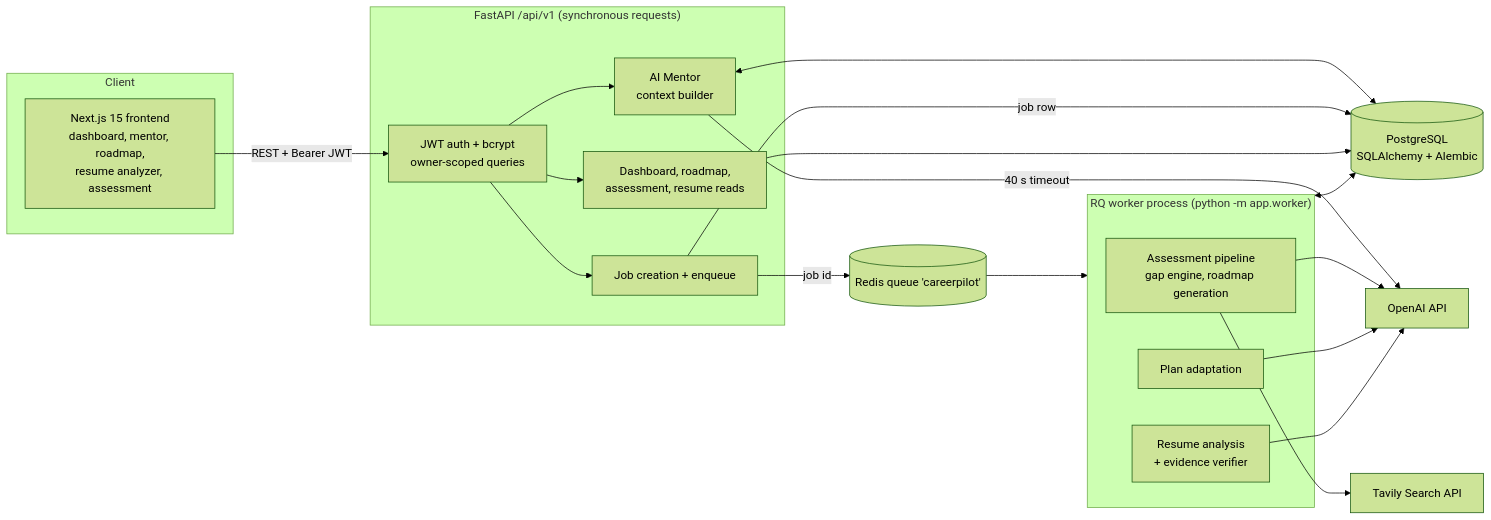
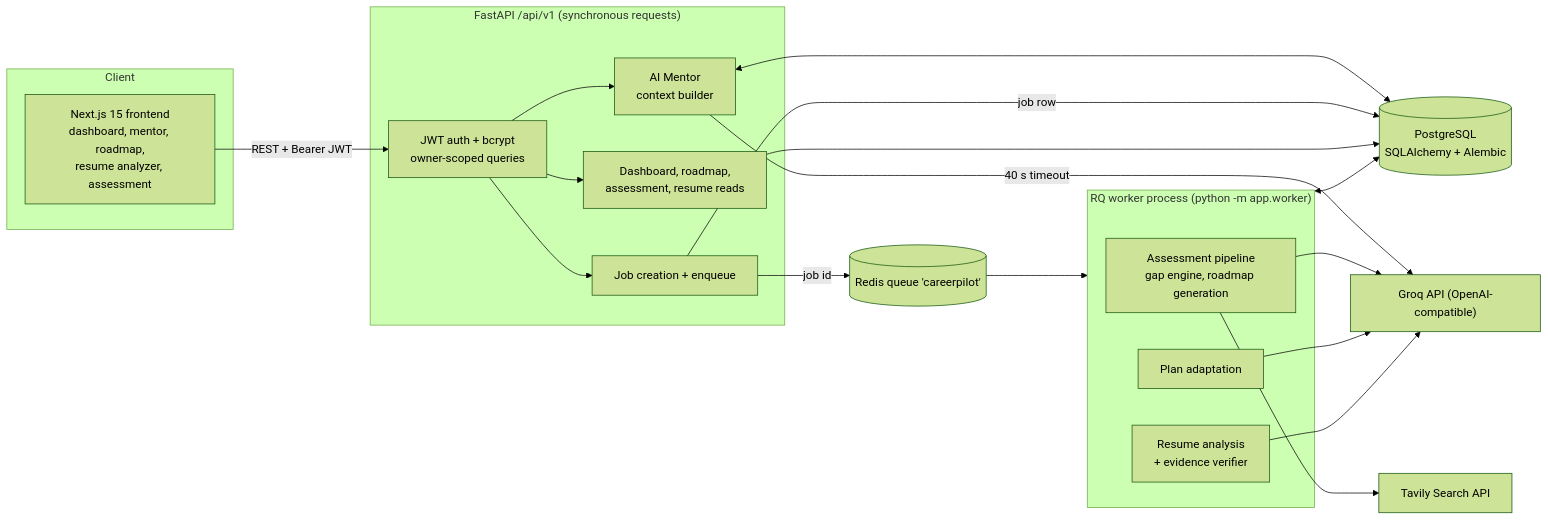
Before and after one commit to shafiqahmed-786/careerpilot-ai: the first of 2 diagrams in README.md, drawn with Mermaid (forest theme). The commit also changed other lines of this file and 31 other files, not shown here.

````diff
--- a/README.md
+++ b/README.md
@@ -60,35 +60,35 @@
 ```mermaid
 flowchart LR
   subgraph Client
     UI["Next.js 15 frontend<br/>dashboard, mentor, roadmap,<br/>resume analyzer, assessment"]
   end
   subgraph API["FastAPI /api/v1 (synchronous requests)"]
     AUTH["JWT auth + bcrypt<br/>owner-scoped queries"]
     MENTOR["AI Mentor<br/>context builder"]
     ENQ["Job creation + enqueue"]
     READ["Dashboard, roadmap,<br/>assessment, resume reads"]
   end
   PG[("PostgreSQL<br/>SQLAlchemy + Alembic")]
   REDIS[("Redis queue 'careerpilot'")]
   subgraph Worker["RQ worker process (python -m app.worker)"]
     PIPE["Assessment pipeline<br/>gap engine, roadmap generation"]
     ADAPT["Plan adaptation"]
     RES["Resume analysis<br/>+ evidence verifier"]
   end
-  OPENAI["OpenAI API"]
+  GROQ["Groq API (OpenAI-compatible)"]
   TAVILY["Tavily Search API"]
 
   UI -->|"REST + Bearer JWT"| AUTH
   AUTH --> MENTOR & ENQ & READ
   MENTOR <--> PG
-  MENTOR -->|"40 s timeout"| OPENAI
+  MENTOR -->|"40 s timeout"| GROQ
   ENQ -->|"job row"| PG
   ENQ -->|"job id"| REDIS
   READ --> PG
   REDIS --> Worker
   Worker <--> PG
   PIPE --> TAVILY
-  PIPE --> OPENAI
-  ADAPT --> OPENAI
-  RES --> OPENAI
+  PIPE --> GROQ
+  ADAPT --> GROQ
+  RES --> GROQ
 ```
````
